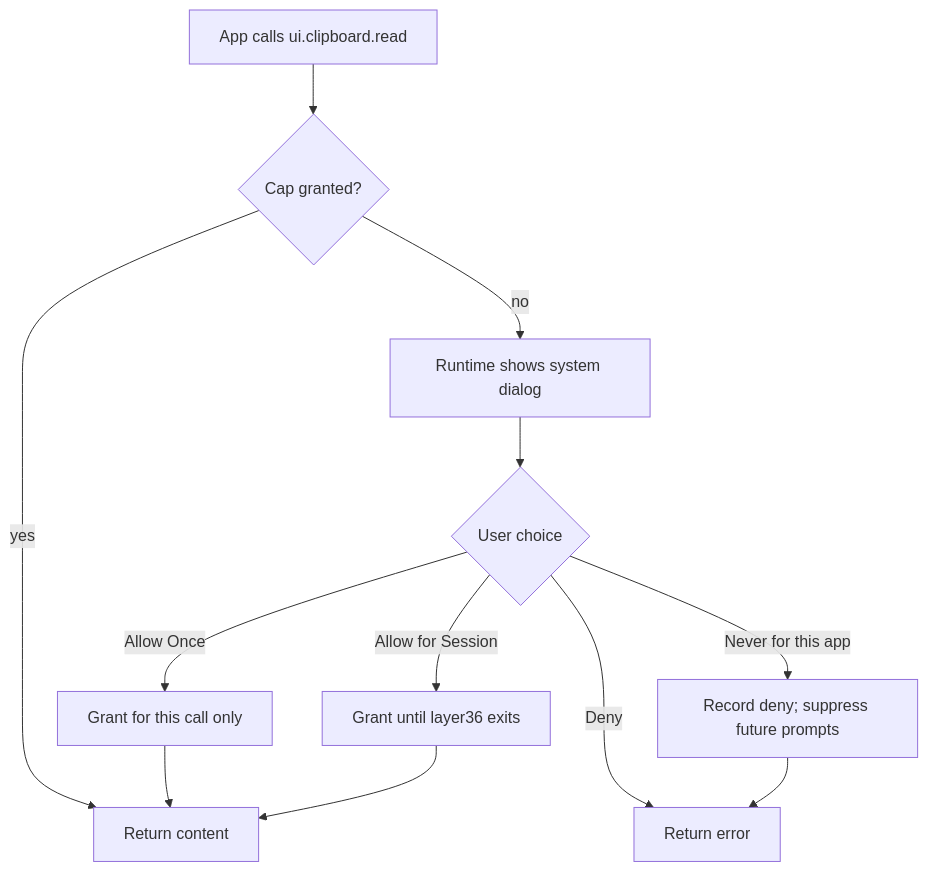
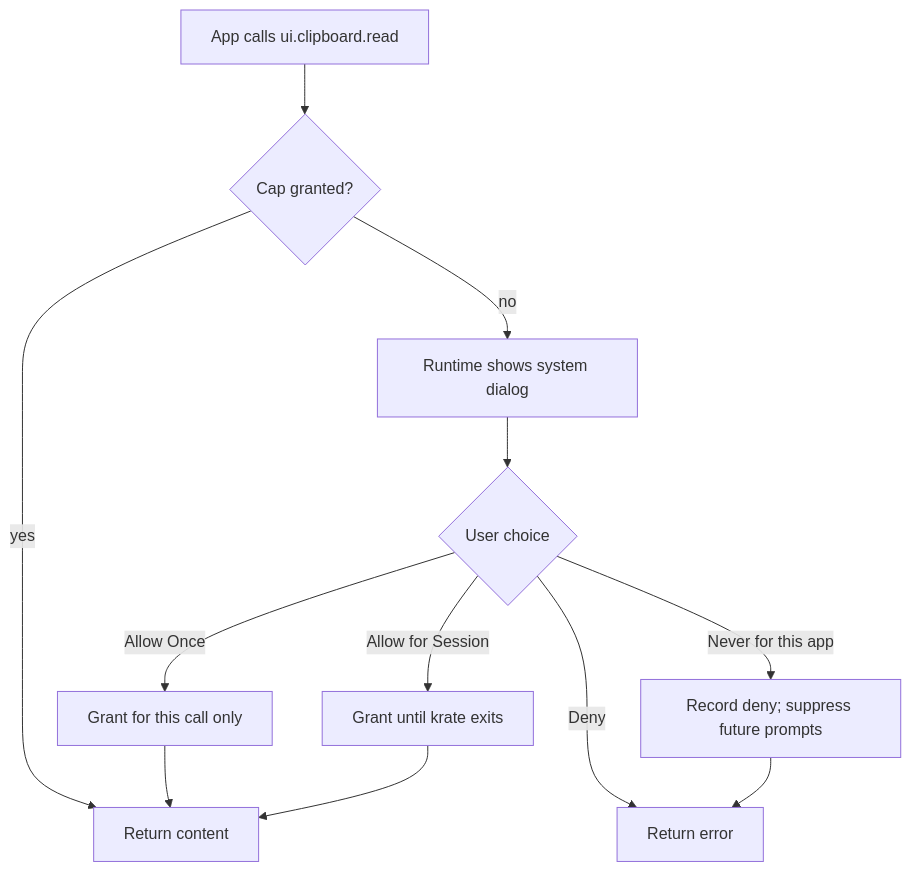
The eighth of 8 diagrams in Plan/Phase-3-Plan.md (incyashraj/krate), drawn with Mermaid before and after one commit. The commit also changed other lines of this file and 342 other files, not shown here.

First line of the commit message:
feat!: rename Layer36 to Krate across the entire system (A9 Phase B)

````diff
--- a/Plan/Phase-3-Plan.md
+++ b/Plan/Phase-3-Plan.md
@@ -1119,14 +1119,14 @@
 ```mermaid
 flowchart TD
     A[App calls ui.clipboard.read] --> B{Cap granted?}
     B -- yes --> ALLOW[Return content]
     B -- no --> C[Runtime shows system dialog]
     C --> D{User choice}
     D -- "Allow Once" --> E[Grant for this call only]
-    D -- "Allow for Session" --> F[Grant until layer36 exits]
+    D -- "Allow for Session" --> F[Grant until krate exits]
     D -- "Never for this app" --> G[Record deny; suppress future prompts]
     D -- "Deny" --> DENY[Return error]
     E --> ALLOW
     F --> ALLOW
     G --> DENY
 ```
````
